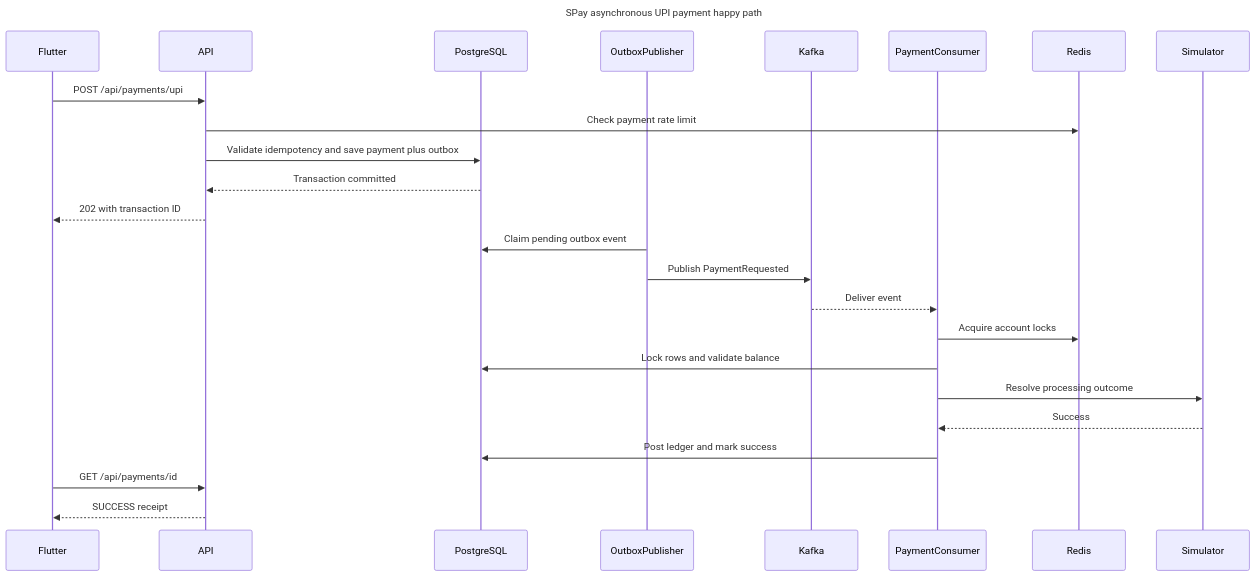
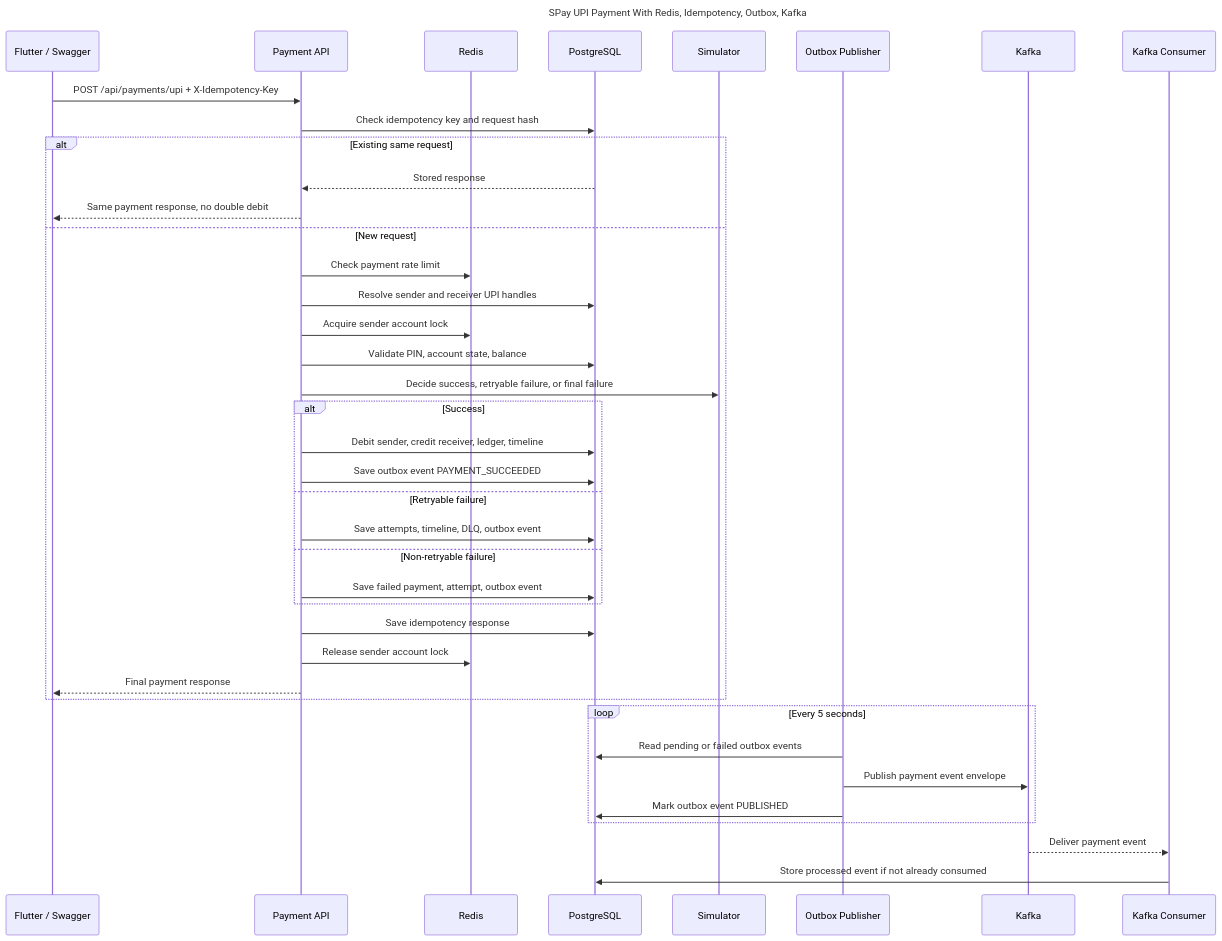
Before and after one commit to ammardev42-max/spay-payment-simulator: the diagram in docs/payment-sequence.mmd, drawn with Mermaid. The commit also changed 12 other files, not shown here.

```diff
--- a/docs/payment-sequence.mmd
+++ b/docs/payment-sequence.mmd
@@ -1,26 +1,43 @@
 sequenceDiagram
-    title SPay asynchronous UPI payment happy path
-    participant Flutter
-    participant API
-    participant PostgreSQL
-    participant OutboxPublisher
+    title SPay UPI Payment With Redis, Idempotency, Outbox, Kafka
+    participant Client as Flutter / Swagger
+    participant API as Payment API
+    participant Redis
+    participant DB as PostgreSQL
+    participant Simulator
+    participant Publisher as Outbox Publisher
     participant Kafka
-    participant PaymentConsumer
-    participant Redis
-    participant Simulator
+    participant Consumer as Kafka Consumer
 
-    Flutter->>API: POST /api/payments/upi
-    API->>Redis: Check payment rate limit
-    API->>PostgreSQL: Validate idempotency and save payment plus outbox
-    PostgreSQL-->>API: Transaction committed
-    API-->>Flutter: 202 with transaction ID
-    OutboxPublisher->>PostgreSQL: Claim pending outbox event
-    OutboxPublisher->>Kafka: Publish PaymentRequested
-    Kafka-->>PaymentConsumer: Deliver event
-    PaymentConsumer->>Redis: Acquire account locks
-    PaymentConsumer->>PostgreSQL: Lock rows and validate balance
-    PaymentConsumer->>Simulator: Resolve processing outcome
-    Simulator-->>PaymentConsumer: Success
-    PaymentConsumer->>PostgreSQL: Post ledger and mark success
-    Flutter->>API: GET /api/payments/id
-    API-->>Flutter: SUCCESS receipt
+    Client->>API: POST /api/payments/upi + X-Idempotency-Key
+    API->>DB: Check idempotency key and request hash
+    alt Existing same request
+        DB-->>API: Stored response
+        API-->>Client: Same payment response, no double debit
+    else New request
+        API->>Redis: Check payment rate limit
+        API->>DB: Resolve sender and receiver UPI handles
+        API->>Redis: Acquire sender account lock
+        API->>DB: Validate PIN, account state, balance
+        API->>Simulator: Decide success, retryable failure, or final failure
+        alt Success
+            API->>DB: Debit sender, credit receiver, ledger, timeline
+            API->>DB: Save outbox event PAYMENT_SUCCEEDED
+        else Retryable failure
+            API->>DB: Save attempts, timeline, DLQ, outbox event
+        else Non-retryable failure
+            API->>DB: Save failed payment, attempt, outbox event
+        end
+        API->>DB: Save idempotency response
+        API->>Redis: Release sender account lock
+        API-->>Client: Final payment response
+    end
+
+    loop Every 5 seconds
+        Publisher->>DB: Read pending or failed outbox events
+        Publisher->>Kafka: Publish payment event envelope
+        Publisher->>DB: Mark outbox event PUBLISHED
+    end
+
+    Kafka-->>Consumer: Deliver payment event
+    Consumer->>DB: Store processed event if not already consumed
```
